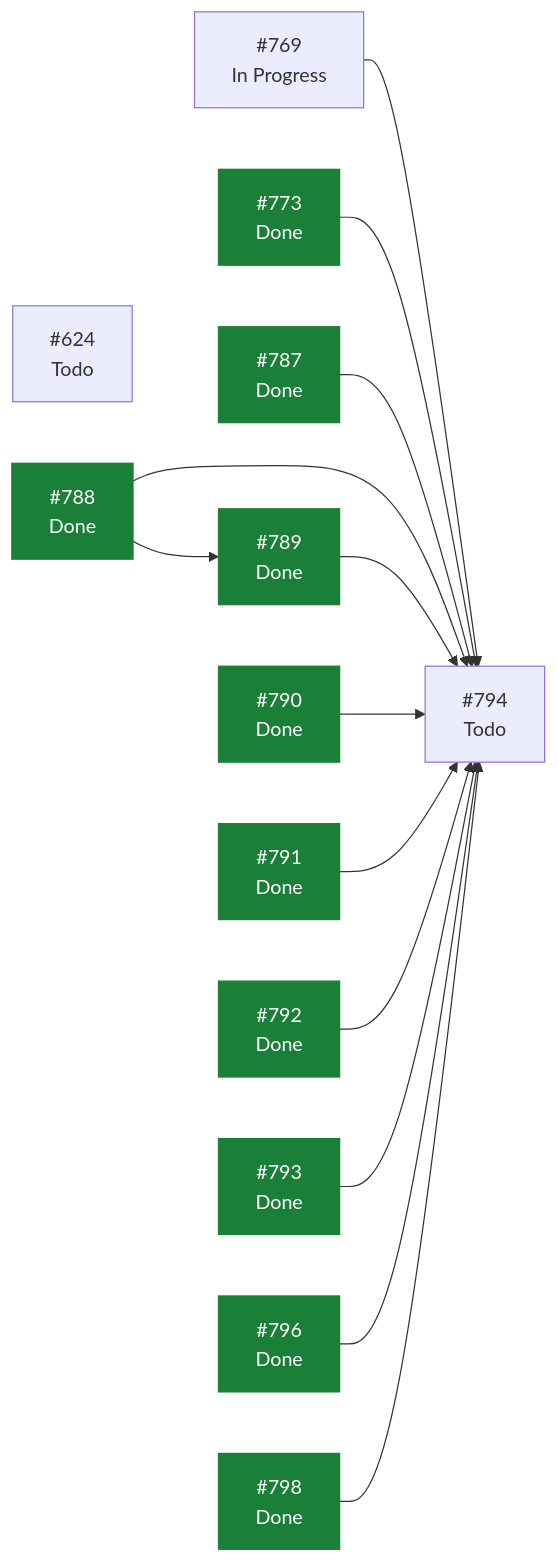
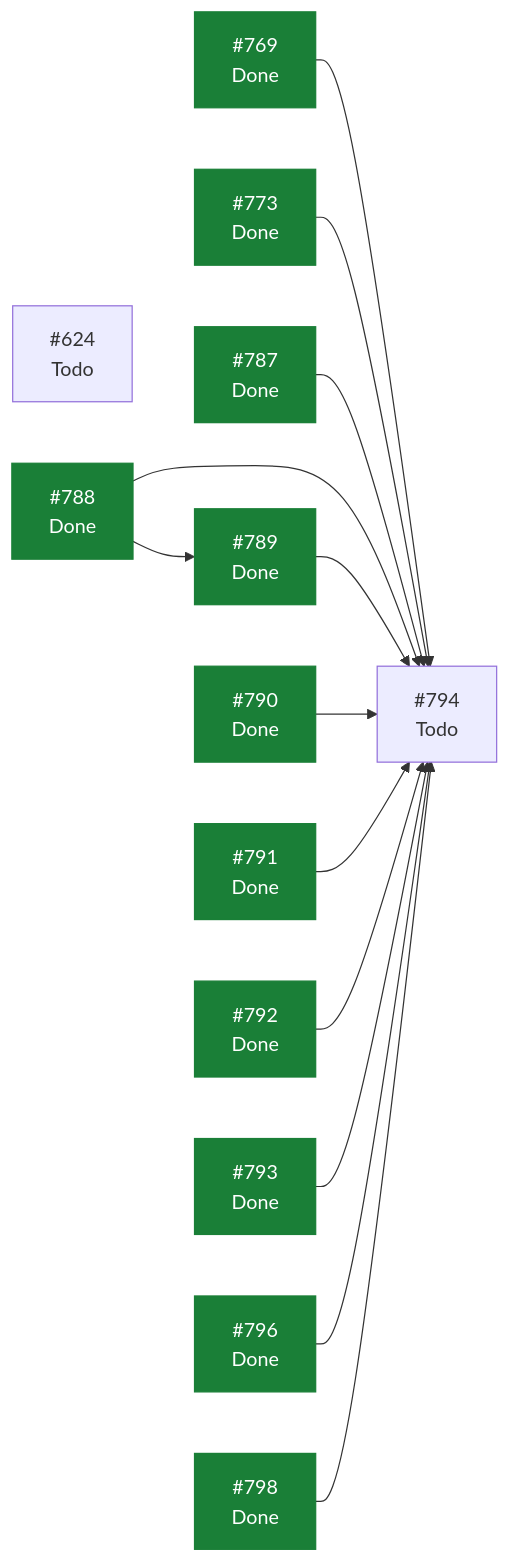
One commit to ecamp0s/evault changed the diagram in docs/planning/STATUS.md. Above: the diagram before and after it, drawn with Mermaid. The commit also changed other lines of this file and 2 other files, not shown here.

````diff
--- a/docs/planning/STATUS.md
+++ b/docs/planning/STATUS.md
@@ -90,30 +86,30 @@
 ```mermaid
 graph LR
   I624["#624<br/>Todo"]
-  I769["#769<br/>In Progress"]
+  I769["#769<br/>Done"]
   I773["#773<br/>Done"]
   I787["#787<br/>Done"]
   I788["#788<br/>Done"]
   I789["#789<br/>Done"]
   I790["#790<br/>Done"]
   I791["#791<br/>Done"]
   I792["#792<br/>Done"]
   I793["#793<br/>Done"]
   I794["#794<br/>Todo"]
   I796["#796<br/>Done"]
   I798["#798<br/>Done"]
   I769 --> I794
   I773 --> I794
   I787 --> I794
   I788 --> I789
   I788 --> I794
   I789 --> I794
   I790 --> I794
   I791 --> I794
   I792 --> I794
   I793 --> I794
   I796 --> I794
   I798 --> I794
   classDef hecho fill:#1a7f37,stroke:#1a7f37,color:#fff;
-  class I773,I787,I788,I789,I790,I791,I792,I793,I796,I798 hecho;
+  class I769,I773,I787,I788,I789,I790,I791,I792,I793,I796,I798 hecho;
 ```
````
